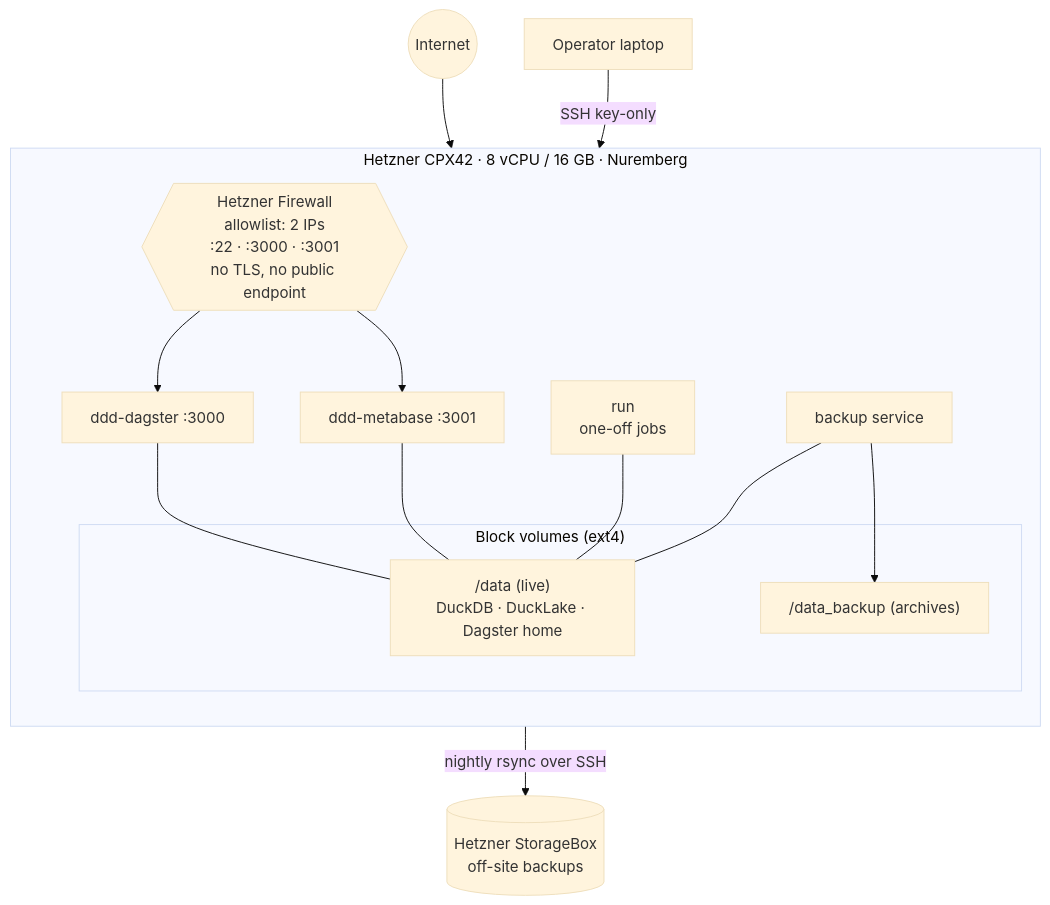
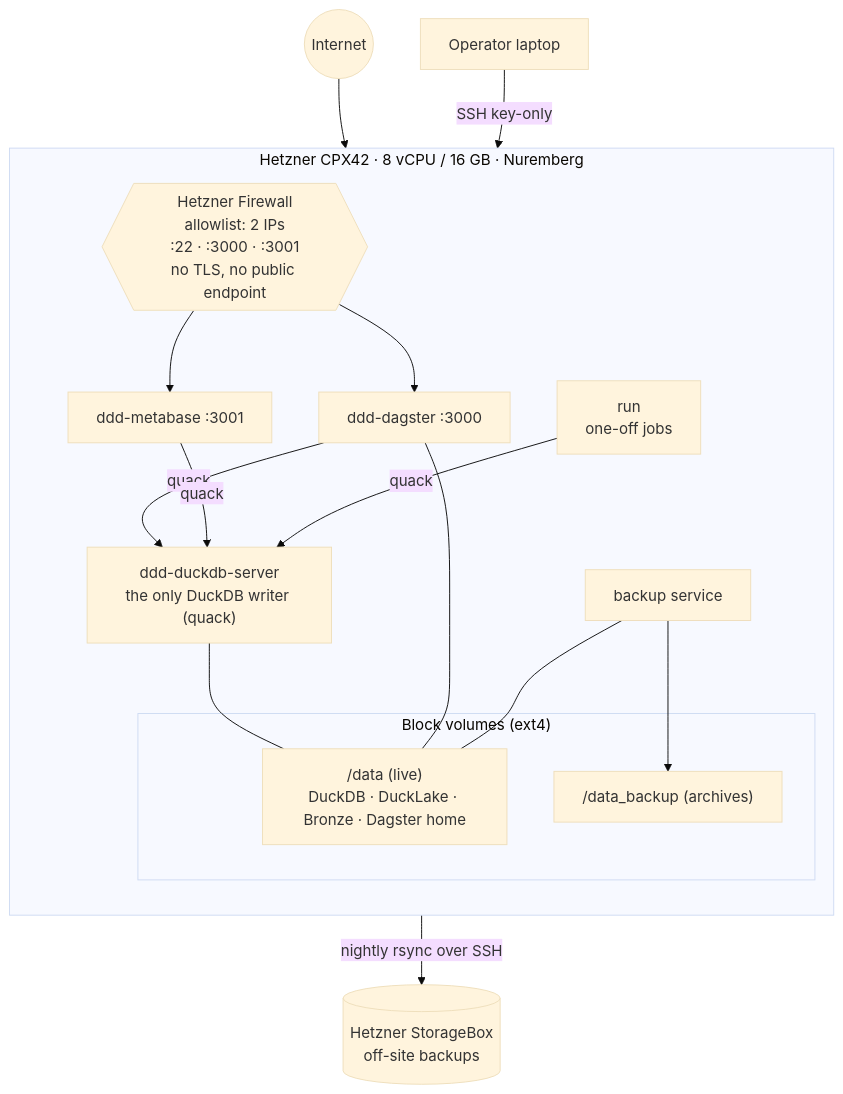
The second of 2 diagrams in documentation/talk_medallion_on_a_laptop.md (edwinweber/dbt_duckdb_demo_public), drawn with Mermaid (base theme) before and after one commit. The commit also changed other lines of this file and 33 other files, not shown here.

````diff
--- a/documentation/talk_medallion_on_a_laptop.md
+++ b/documentation/talk_medallion_on_a_laptop.md
@@ -358,23 +361,26 @@
 ```mermaid
 flowchart TB
     NET((Internet)) --> FW
     OP["Operator laptop"] -->|SSH key-only| FW
     FW{{"Hetzner Firewall<br/>allowlist: 2 IPs<br/>:22 · :3000 · :3001<br/>no TLS, no public endpoint"}}
     subgraph BOX["Hetzner CPX42 · 8 vCPU / 16 GB · Nuremberg"]
         direction TB
         FW --> DAGSTER["ddd-dagster :3000"]
         FW --> METABASE["ddd-metabase :3001"]
         RUN["run<br/>one-off jobs"]
+        DUCK["ddd-duckdb-server<br/>the only DuckDB writer (quack)"]
         BACKUP["backup service"]
         subgraph VOL["Block volumes (ext4)"]
-            DATA["/data (live)<br/>DuckDB · DuckLake · Dagster home"]
+            DATA["/data (live)<br/>DuckDB · DuckLake · Bronze · Dagster home"]
             BK["/data_backup (archives)"]
         end
+        DAGSTER -->|quack| DUCK
+        METABASE -->|quack| DUCK
+        RUN -->|quack| DUCK
+        DUCK --- DATA
         DAGSTER --- DATA
-        METABASE --- DATA
-        RUN --- DATA
         BACKUP --- DATA
         BACKUP --> BK
     end
     BACKUP -->|nightly rsync over SSH| SB[("Hetzner StorageBox<br/>off-site backups")]
 ```
````
